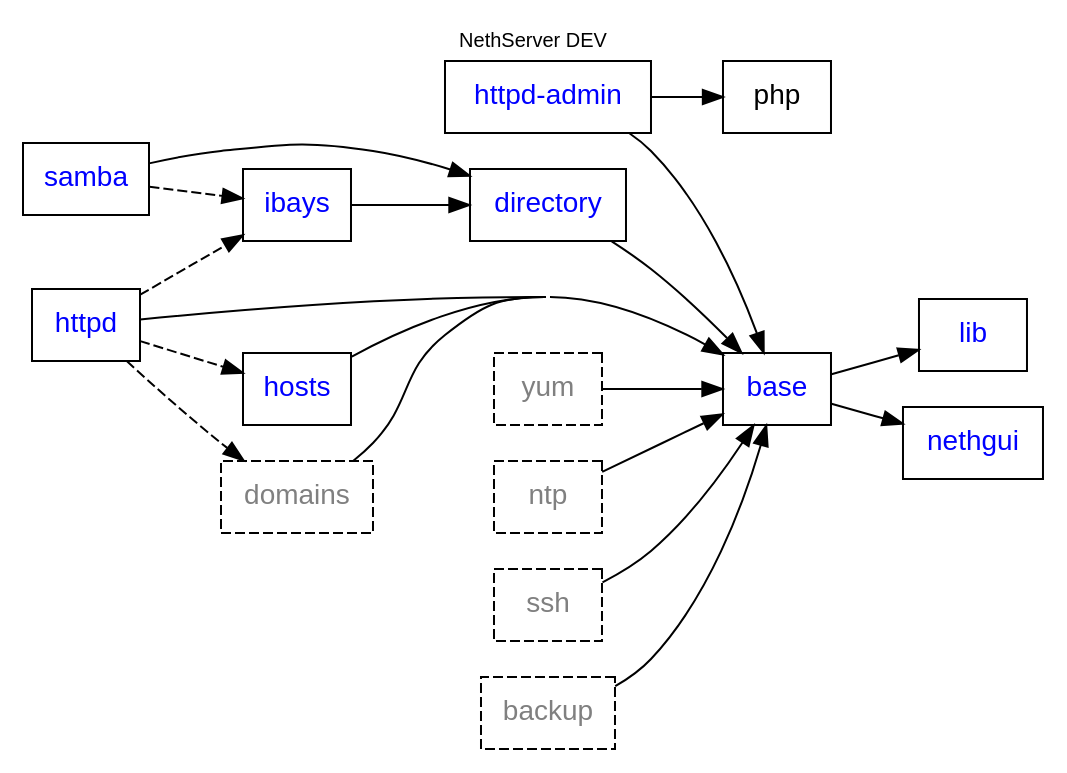
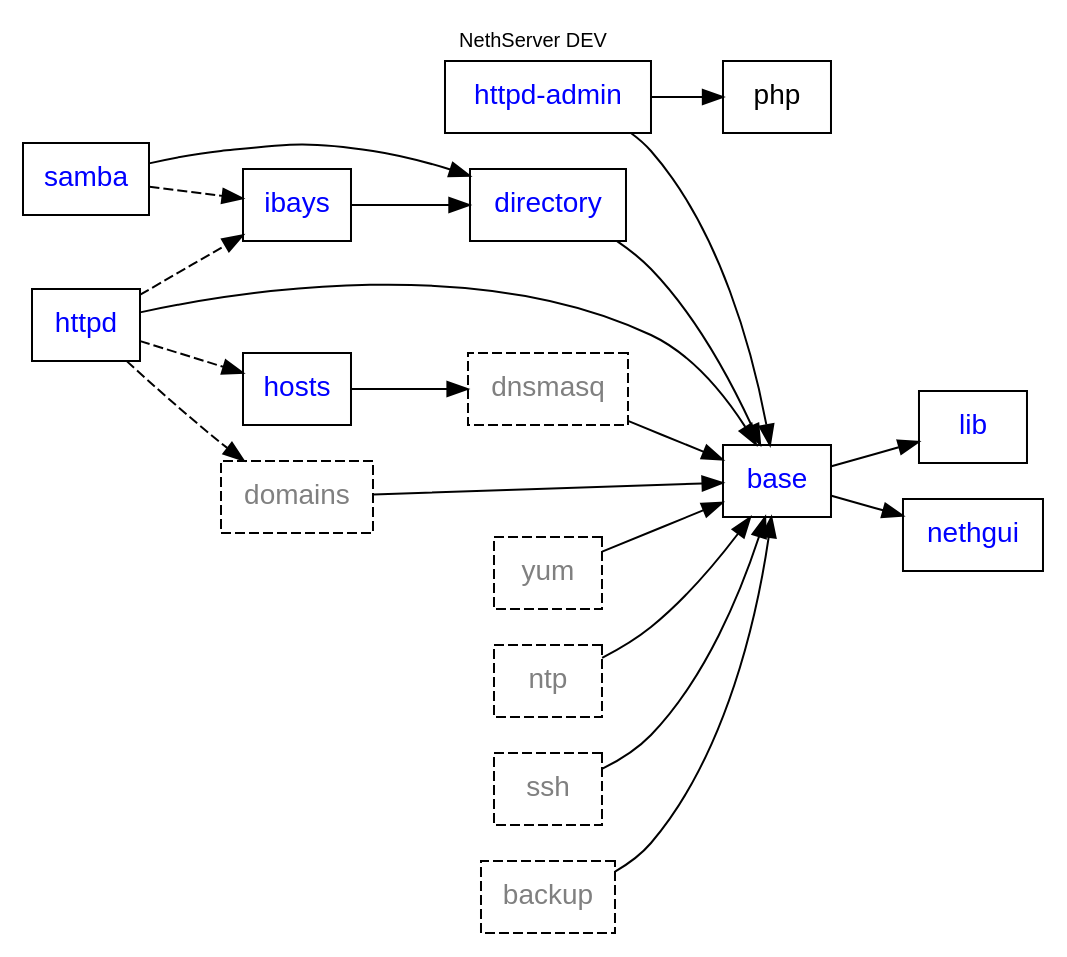
The diagram in nethserver/package-dependencies.dot (nethesis/dev-nethesis-it), drawn with Graphviz before and after one commit.

Commit message:
added nethserver-dnsmasq (dashed) package

```diff
--- a/nethserver/package-dependencies.dot
+++ b/nethserver/package-dependencies.dot
@@ -1,39 +1,42 @@
 digraph DEV {
     rankdir = "LR"; compound = true; concentrate = true; fontname = "Helvetica"; fontnames="svg"; fontsize=10.0; label="NethServer DEV"; labelloc = "t"
     node [shape=rect,fontname="Helvetica"];
     httpd_admin [fontcolor=blue,label="httpd-admin",URL="http://dev.nethesis.it/projects/nethserver-httpd-admin"];
     base [fontcolor=blue,URL="http://dev.nethesis.it/projects/nethserver-base"];
     directory [fontcolor=blue,URL="http://dev.nethesis.it/projects/nethserver-directory"];    
     samba [fontcolor=blue,URL="http://dev.nethesis.it/projects/nethserver-samba"];    
     ibays [fontcolor=blue,URL="http://dev.nethesis.it/projects/nethserver-ibays"];    
     lib [fontcolor=blue,URL="http://dev.nethesis.it/projects/nethserver-lib"];    
     httpd [fontcolor=blue,URL="http://dev.nethesis.it/projects/nethserver-httpd"];    
     hosts [fontcolor=blue,URL="http://dev.nethesis.it/projects/nethserver-hosts"];
     domains [style="dashed",fontcolor=gray,URL="http://dev.nethesis.it/projects/nethserver-domains"];
     yum [fontcolor=gray,URL="http://dev.nethesis.it/projects/nethserver-yum",style="dashed"];
     ntp [fontcolor=gray,URL="http://dev.nethesis.it/projects/nethserver-ntp",style="dashed"];
+    dnsmasq [fontcolor=gray,URL="http://dev.nethesis.it/projects/nethserver-dnsmasq",style="dashed"];
     nethgui [fontcolor=blue,URL="http://dev.nethesis.it/projects/nethgui"];    
     ssh [style="dashed",fontcolor=gray];
     backup [style="dashed",fontcolor=gray];
    
             
     base -> lib
     base -> nethgui
     ssh -> base
     directory -> base
     samba -> directory
     ibays -> directory
     httpd -> base
-    hosts -> base
+    hosts -> dnsmasq
+    dnsmasq -> base
     httpd_admin -> php
     httpd_admin -> base
     backup -> base
     samba -> ibays [style=dashed];
     httpd -> ibays [style=dashed]; 
     httpd -> hosts [style=dashed];
     httpd -> domains [style=dashed];
     domains -> base
     yum -> base
     ntp -> base
-    
+
+        
 }
```
